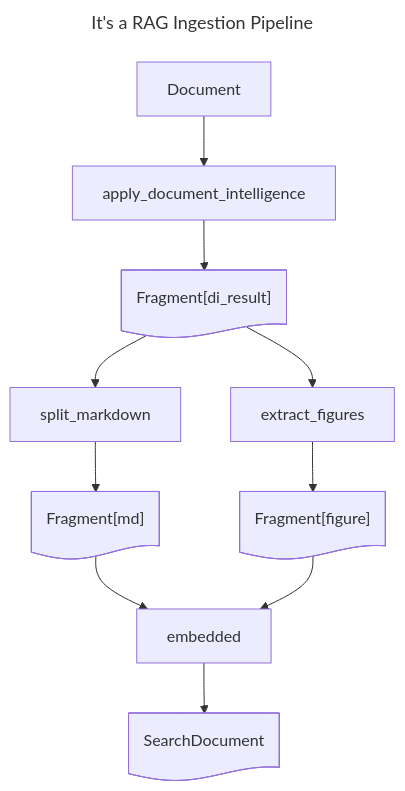
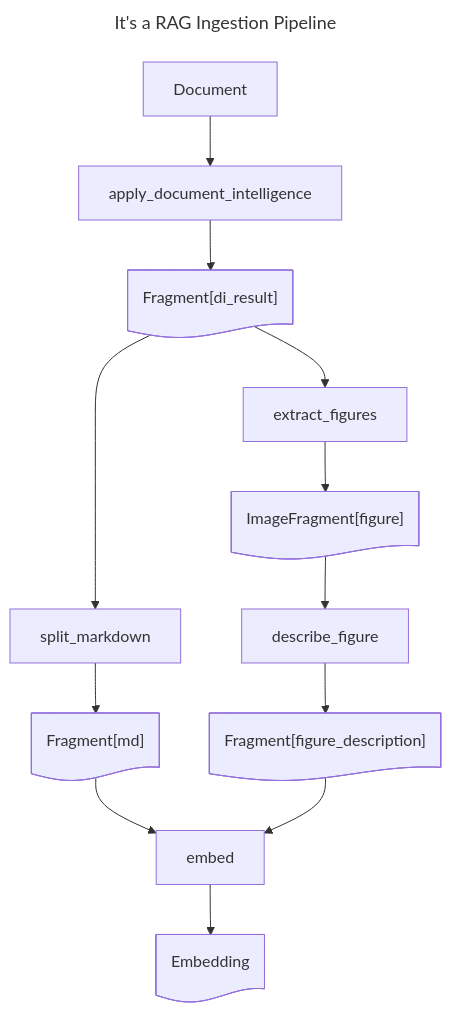
Before and after one commit to Azure-Samples/az-ai-catalyst: the diagram in examples/its_a_rag.md, drawn with Mermaid. The commit also changed 14 other files, not shown here.

````diff
--- a/examples/its_a_rag.md
+++ b/examples/its_a_rag.md
@@ -1,24 +1,28 @@
 ```mermaid
 ---
 title: It's a RAG Ingestion Pipeline
 ---
 flowchart TD
+    Fragment_figure_description@{ shape: doc, label: "Fragment[figure_description]" }
+    Embedding@{ shape: doc, label: "Embedding" }
     Fragment_md@{ shape: doc, label: "Fragment[md]" }
+    ImageFragment_figure@{ shape: doc, label: "ImageFragment[figure]" }
     Fragment_di_result@{ shape: doc, label: "Fragment[di_result]" }
-    SearchDocument@{ shape: doc, label: "SearchDocument" }
-    Fragment_figure@{ shape: doc, label: "Fragment[figure]" }
     apply_document_intelligence@{ shape: rect, label: "apply_document_intelligence" }
     apply_document_intelligence --> Fragment_di_result
     Document --> apply_document_intelligence
     extract_figures@{ shape: rect, label: "extract_figures" }
-    extract_figures --> Fragment_figure
+    extract_figures --> ImageFragment_figure
     Fragment_di_result --> extract_figures
+    describe_figure@{ shape: rect, label: "describe_figure" }
+    describe_figure --> Fragment_figure_description
+    ImageFragment_figure --> describe_figure
     split_markdown@{ shape: rect, label: "split_markdown" }
     split_markdown --> Fragment_md
     Fragment_di_result --> split_markdown
-    embedded@{ shape: rect, label: "embedded" }
-    embedded --> SearchDocument
-    Fragment_md --> embedded
-    Fragment_figure --> embedded
+    embed@{ shape: rect, label: "embed" }
+    embed --> Embedding
+    Fragment_md --> embed
+    Fragment_figure_description --> embed
 
 ```
````
